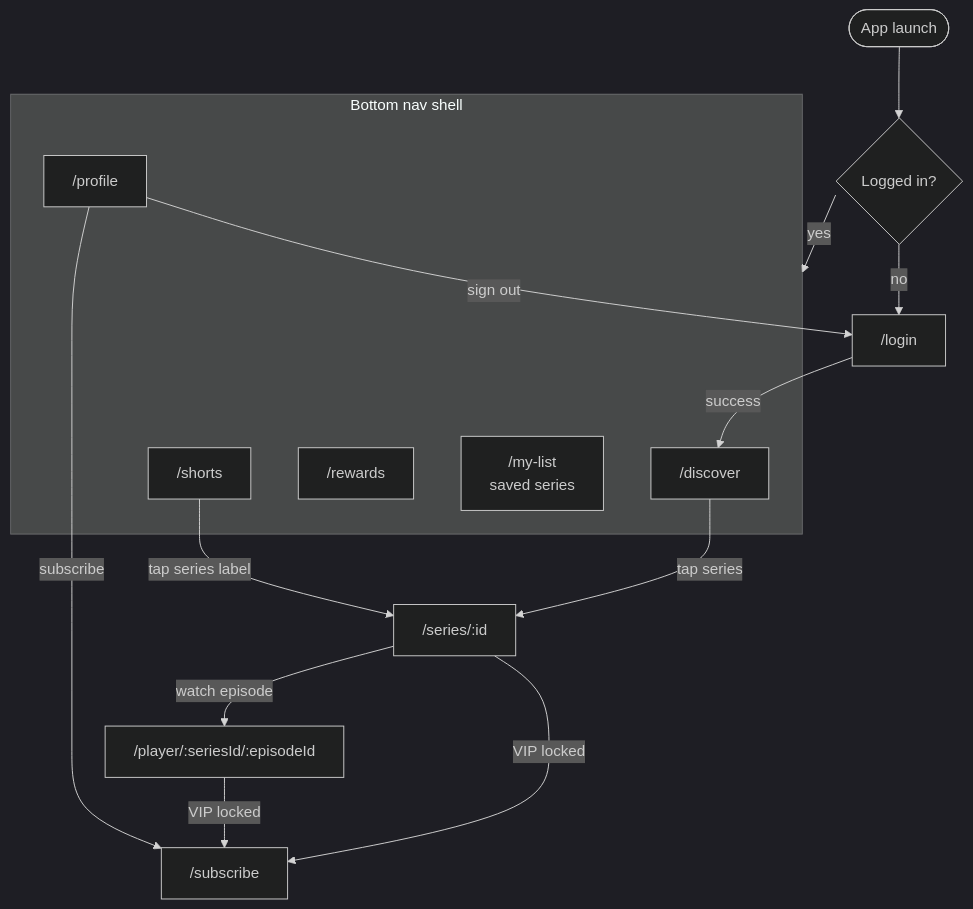
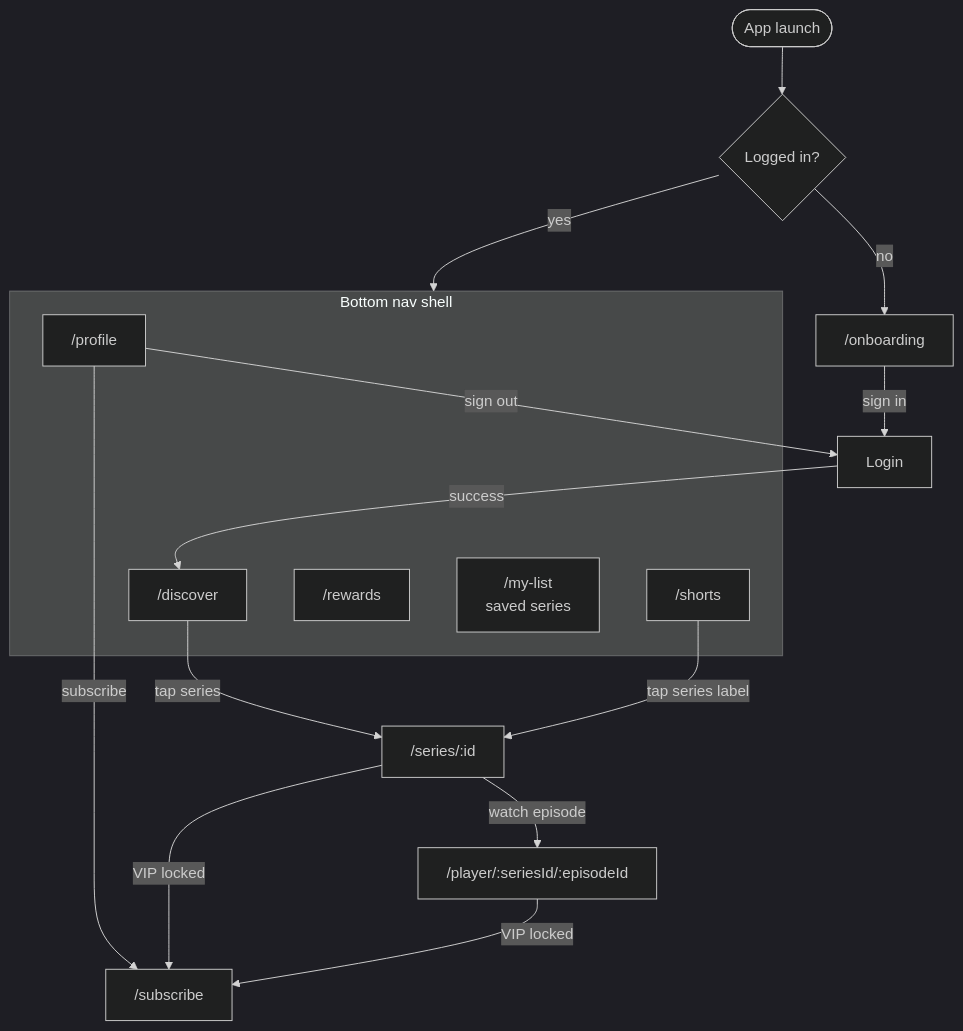
One commit to delevski/ShortiGo changed the fourth of 9 diagrams in README.md. Above: the diagram before and after it, drawn with Mermaid (dark theme). The commit also changed other lines of this file and 7 other files, not shown here.

````diff
--- a/README.md
+++ b/README.md
@@ -175,23 +175,24 @@
 ```mermaid
 flowchart TB
   Start([App launch]) --> Auth{Logged in?}
-  Auth -->|no| Login["/login"]
+  Auth -->|no| Onboarding["/onboarding"]
   Auth -->|yes| Shell
 
   subgraph Shell["Bottom nav shell"]
     Discover["/discover"]
     Shorts["/shorts"]
     Rewards["/rewards"]
     MyList["/my-list\nsaved series"]
     Profile["/profile"]
   end
 
   Discover -->|tap series| Series["/series/:id"]
   Series -->|watch episode| Player["/player/:seriesId/:episodeId"]
   Shorts -->|tap series label| Series
   Profile -->|subscribe| Sub["/subscribe"]
   Profile -->|sign out| Login
+  Onboarding -->|sign in| Login
   Series -->|VIP locked| Sub
   Player -->|VIP locked| Sub
   Login -->|success| Discover
 ```
````
